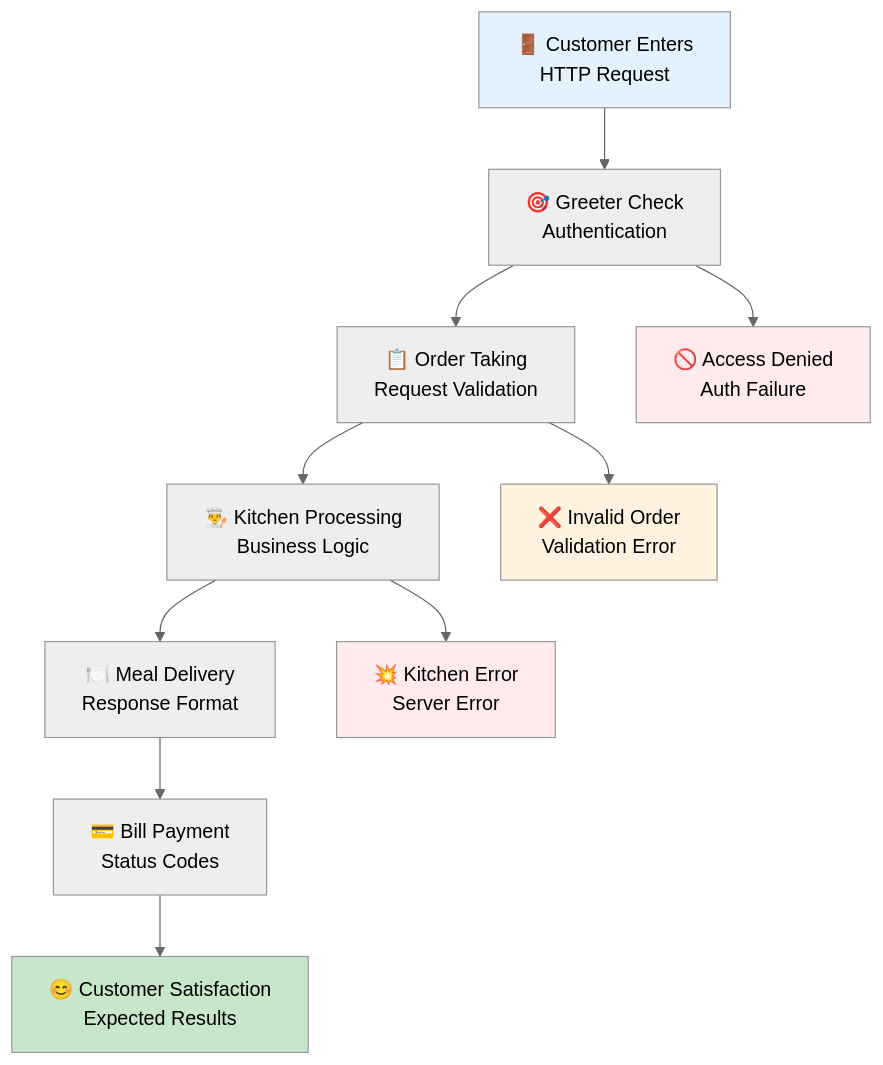
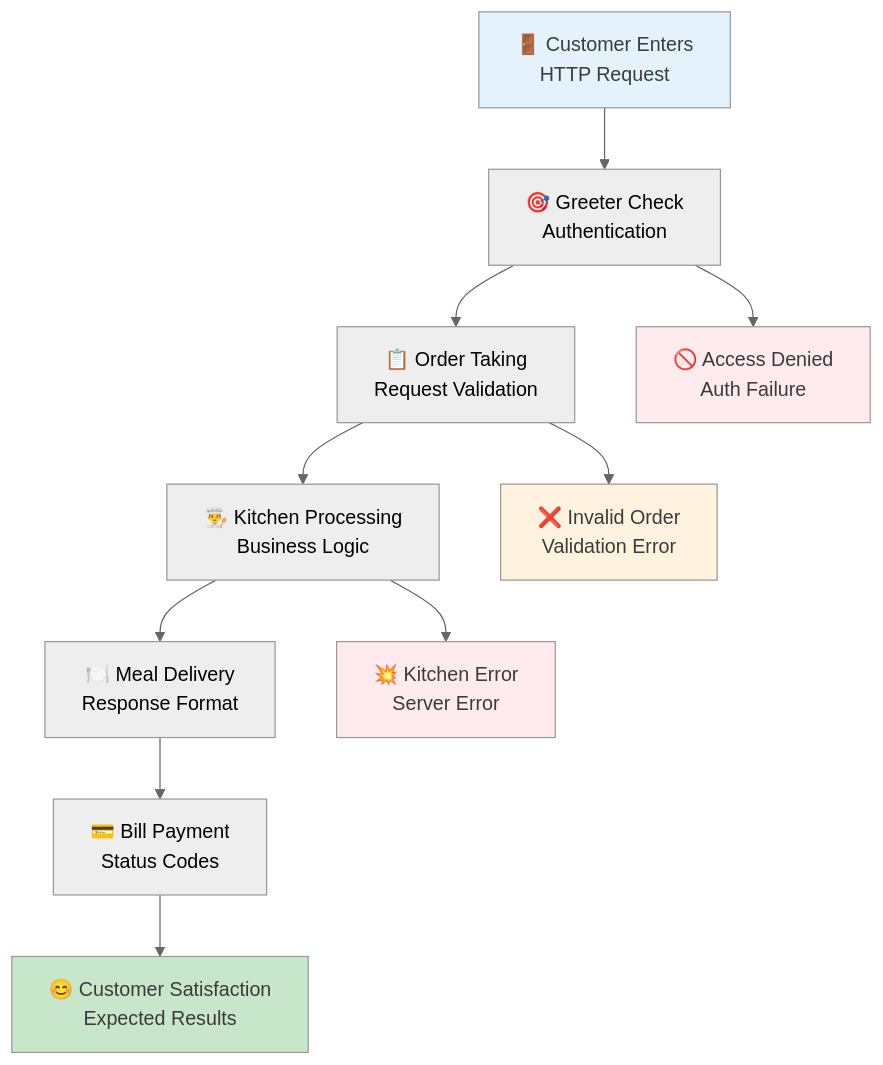
The sixth of 9 diagrams in app/docs/02_foundation/09-testing-basics/page.mdx (ridwanspace/restful-fastapi-guideline), drawn with Mermaid (neutral theme) before and after one commit. The commit also changed other lines of this file and 8 other files, not shown here.

First line of the commit message:
📝 docs(docs): enhance graph diagrams in foundation docs

````diff
--- a/app/docs/02_foundation/09-testing-basics/page.mdx
+++ b/app/docs/02_foundation/09-testing-basics/page.mdx
@@ -778,19 +778,19 @@
 ```mermaid
 graph TD
     A[🚪 Customer Enters<br/>HTTP Request] --> B[🎯 Greeter Check<br/>Authentication]
     B --> C[📋 Order Taking<br/>Request Validation]
     C --> D[👨‍🍳 Kitchen Processing<br/>Business Logic]
     D --> E[🍽️ Meal Delivery<br/>Response Format]
     E --> F[💳 Bill Payment<br/>Status Codes]
     F --> G[😊 Customer Satisfaction<br/>Expected Results]
     
     B --> H[🚫 Access Denied<br/>Auth Failure]
     C --> I[❌ Invalid Order<br/>Validation Error]
     D --> J[💥 Kitchen Error<br/>Server Error]
     
-    style A fill:#e3f2fd
-    style G fill:#c8e6c9
-    style H fill:#ffebee
-    style I fill:#fff3e0
-    style J fill:#ffebee
+    style A fill:#e3f2fd,color:#3b3b3b
+    style G fill:#c8e6c9,color:#3b3b3b
+    style H fill:#ffebee,color:#3b3b3b
+    style I fill:#fff3e0,color:#3b3b3b
+    style J fill:#ffebee,color:#3b3b3b
 ```
````
